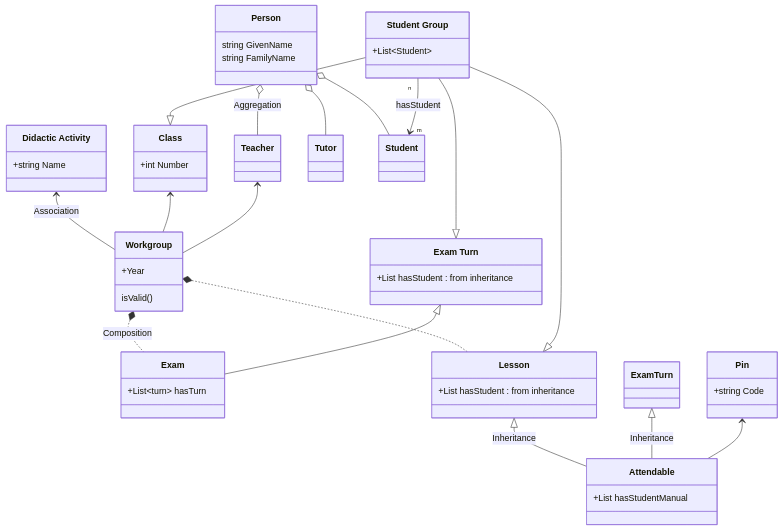
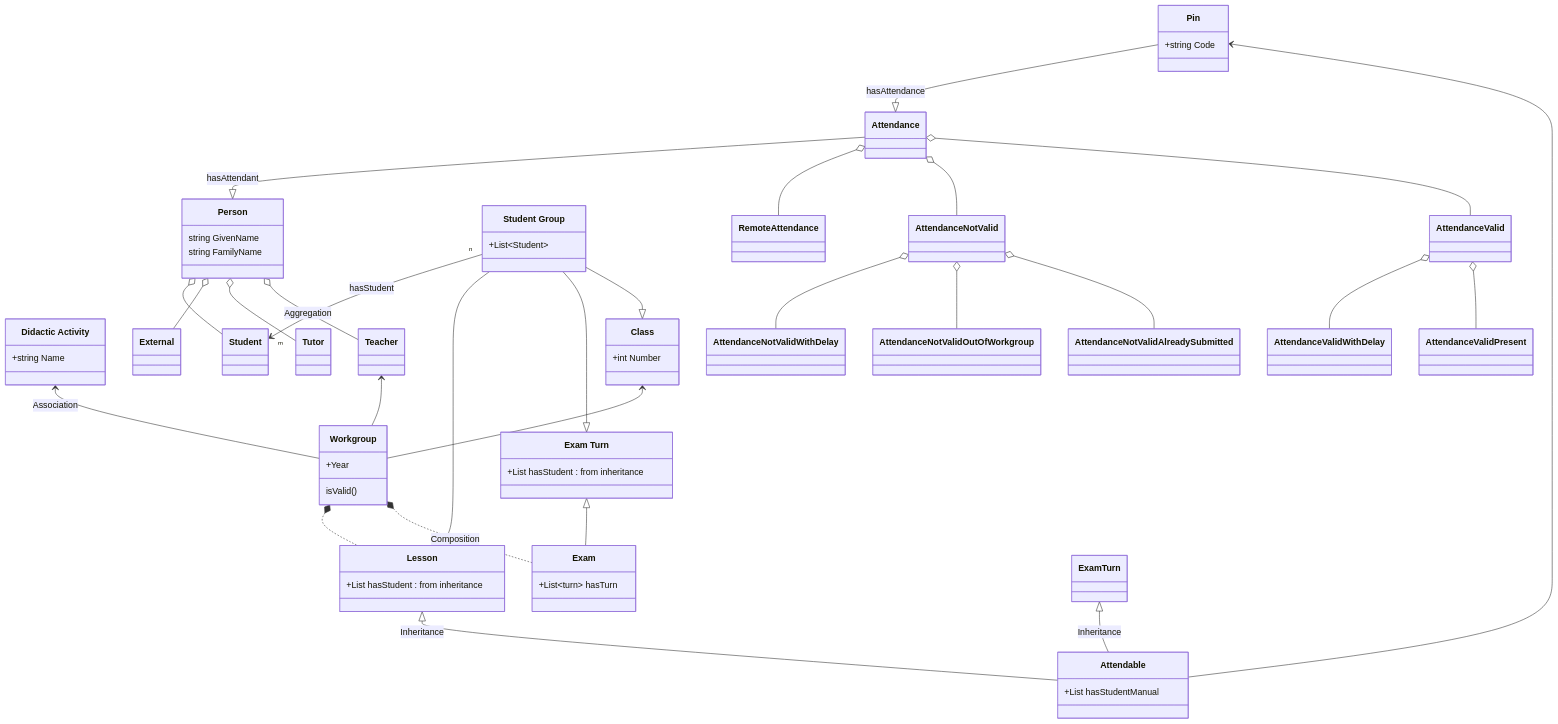
Before and after one commit to lucagiorgettismp/SemanticWebAttendance: the diagram in docs/index.md, drawn with Mermaid. The commit also changed other lines of this file, not shown here.

````diff
--- a/docs/index.md
+++ b/docs/index.md
@@ -63,54 +65,67 @@
 ```mermaid
 classDiagram
 `Didactic Activity` <-- Workgroup : Association
 Class <-- Workgroup
 Teacher <-- Workgroup
 class `Didactic Activity` {
     +string Name
 }
 class Class {
     +int Number
 }
 class Workgroup {
     +Year
     isValid()
 }
 Workgroup *.. Exam : Composition
 class Exam {
     +List~turn~ hasTurn
 }
 Workgroup *.. Lesson
 class Lesson {
     +List<Student> hasStudent : from inheritance
 }
 turn <|-- Exam
 class turn["Exam Turn"] {
     +List<Student> hasStudent : from inheritance
 }
 link turn "/SemanticWebAttendance#exam-turn"
 Lesson <|-- Attendable : Inheritance
 Exam Turn <|-- Attendable : Inheritance
 class Attendable {
     +List<Student> hasStudentManual
 }
 Pin <-- Attendable
 class Pin {
     +string Code
 }
 Person o-- Teacher : Aggregation
 Person o-- Tutor
+Person o-- External
 Person o-- Student
 link Person "/SemanticWebAttendance#person"
 class Person {
     string GivenName
     string FamilyName
 }
 class group["Student Group"] {
     +List~Student~ 
 }
 link group "/SemanticWebAttendance#student-group"
 group --|> Class
 group --|> turn
 group --|> Lesson
 group "n" --> "m" Student : hasStudent
+class Attendance
+Attendance o-- AttendanceValid
+Attendance o-- AttendanceNotValid
+Attendance o-- RemoteAttendance
+AttendanceValid o-- AttendanceValidPresent
+AttendanceValid o-- AttendanceValidWithDelay
+AttendanceNotValid o-- AttendanceNotValidAlreadySubmitted
+link AttendanceNotValidAlreadySubmitted "/SemanticWebAttendance#AttendanceNotValidAlreadySubmitted"
+AttendanceNotValid o-- AttendanceNotValidOutOfWorkgroup
+AttendanceNotValid o-- AttendanceNotValidWithDelay
+Pin --|> Attendance : hasAttendance
+Attendance --|> Person : hasAttendant
 ```
````
